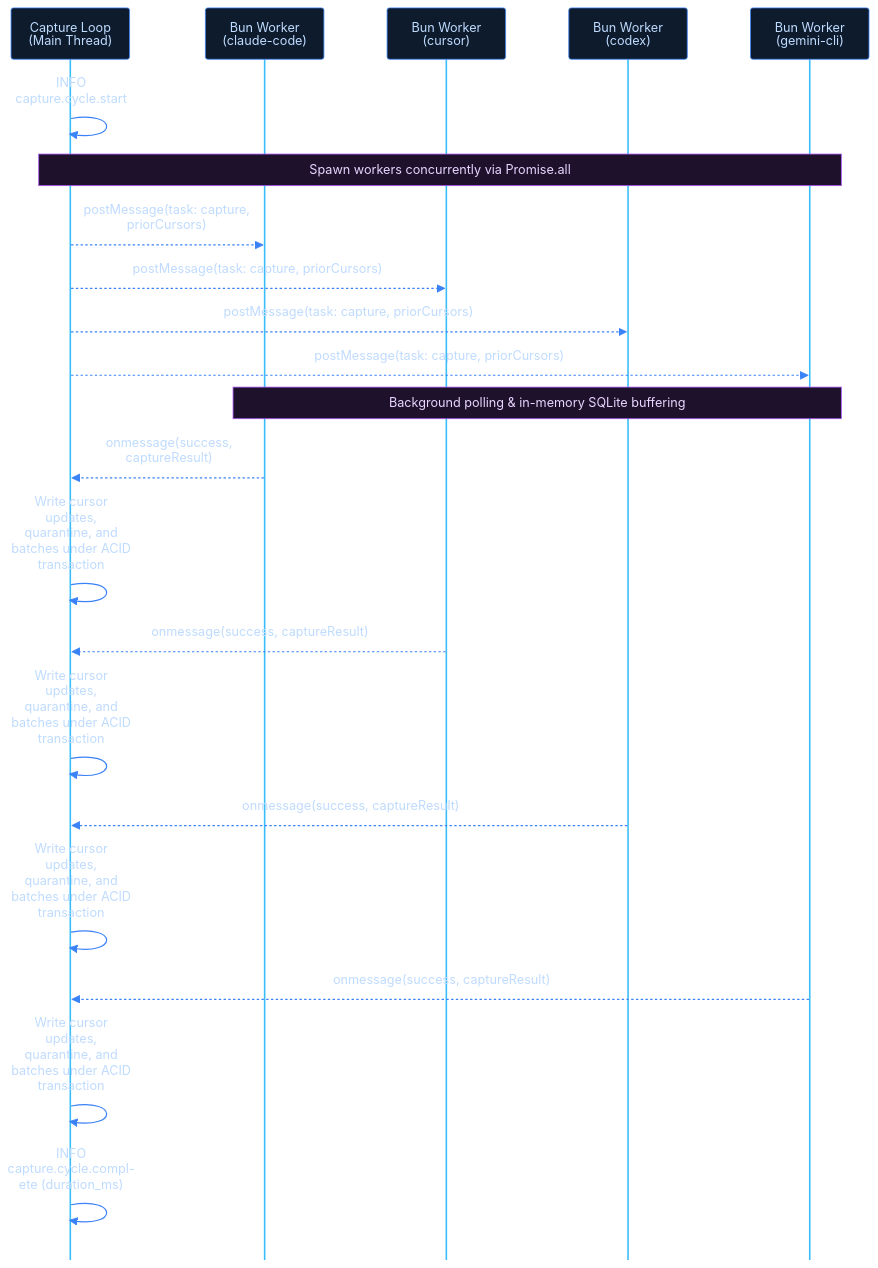
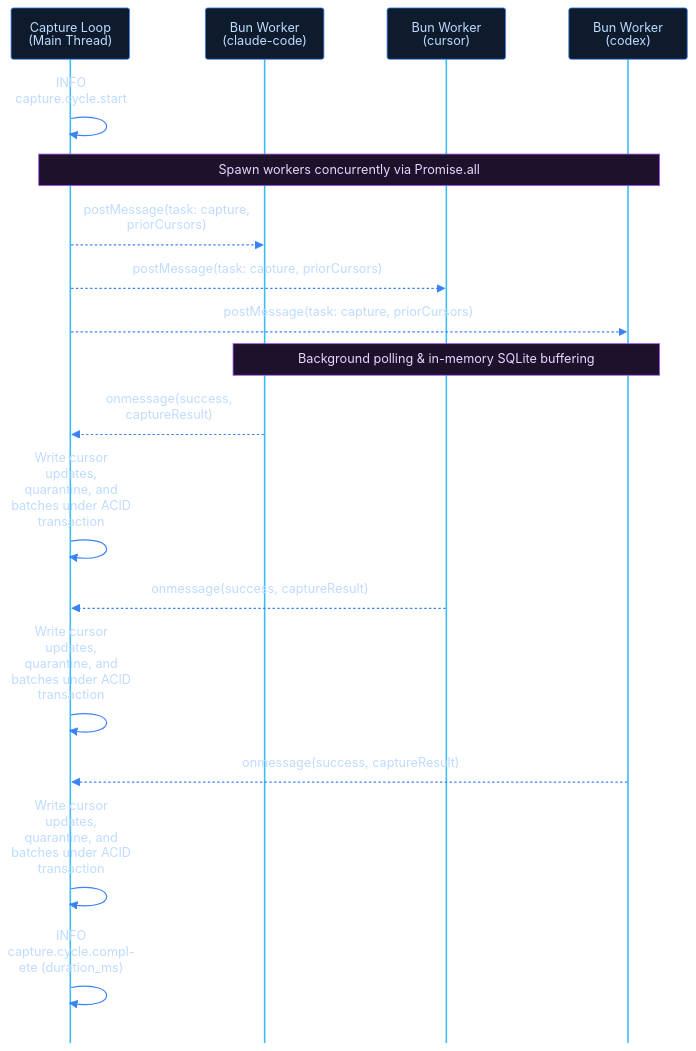
The second of 2 diagrams in docs/04-daemon-loops/4.1-capture-cycle.md (proxai/proxai_gateway), drawn with Mermaid before and after one commit. The commit also changed other lines of this file and 83 other files, not shown here.

Commit message:
chore: remove deprecated gemini cli

````diff
--- a/docs/04-daemon-loops/4.1-capture-cycle.md
+++ b/docs/04-daemon-loops/4.1-capture-cycle.md
@@ -257,26 +257,22 @@
 ```mermaid
 %%{init: { 'sequence': { 'useMaxWidth': false, 'mirrorActors': false, 'actorMargin': 80, 'messageMargin': 40, 'boxMargin': 15, 'wrap': true }, 'theme': 'base', 'themeVariables': { 'background': '#070f19', 'actorBkg': '#0d1b2d', 'actorBorder': '#3b82f6', 'actorTextColor': '#bfdbfe', 'actorLineColor': '#38bdf8', 'signalColor': '#3b82f6', 'signalTextColor': '#bfdbfe', 'noteBkgColor': '#1e112c', 'noteBorderColor': '#a855f7', 'noteTextColor': '#e9d5ff', 'boxBkgColor': '#0a201b', 'boxBorderColor': '#10b981', 'boxTextColor': '#b3f5e6', 'fontSize': '14px' } }}%%
 sequenceDiagram
   participant C as Capture Loop (Main Thread)
   participant W1 as Bun Worker (claude-code)
   participant W2 as Bun Worker (cursor)
   participant W3 as Bun Worker (codex)
-  participant W4 as Bun Worker (gemini-cli)
   
   C->>C: INFO capture.cycle.start
-  Note over C,W4: Spawn workers concurrently via Promise.all
+  Note over C,W3: Spawn workers concurrently via Promise.all
   C-->>W1: postMessage(task: capture, priorCursors)
   C-->>W2: postMessage(task: capture, priorCursors)
   C-->>W3: postMessage(task: capture, priorCursors)
-  C-->>W4: postMessage(task: capture, priorCursors)
-  Note over W1,W4: Background polling & in-memory SQLite buffering
+  Note over W1,W3: Background polling & in-memory SQLite buffering
   W1-->>C: onmessage(success, captureResult)
   C->>C: Write cursor updates, quarantine, and batches under ACID transaction
   W2-->>C: onmessage(success, captureResult)
   C->>C: Write cursor updates, quarantine, and batches under ACID transaction
   W3-->>C: onmessage(success, captureResult)
   C->>C: Write cursor updates, quarantine, and batches under ACID transaction
-  W4-->>C: onmessage(success, captureResult)
-  C->>C: Write cursor updates, quarantine, and batches under ACID transaction
   C->>C: INFO capture.cycle.complete (duration_ms)
 ```
````
